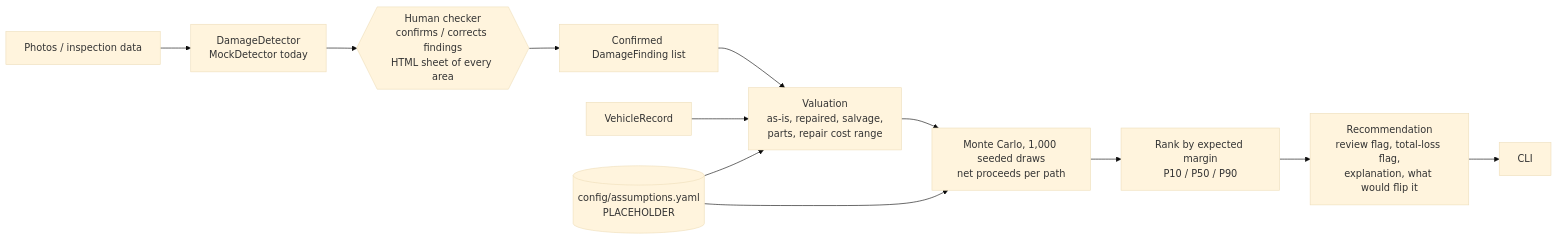
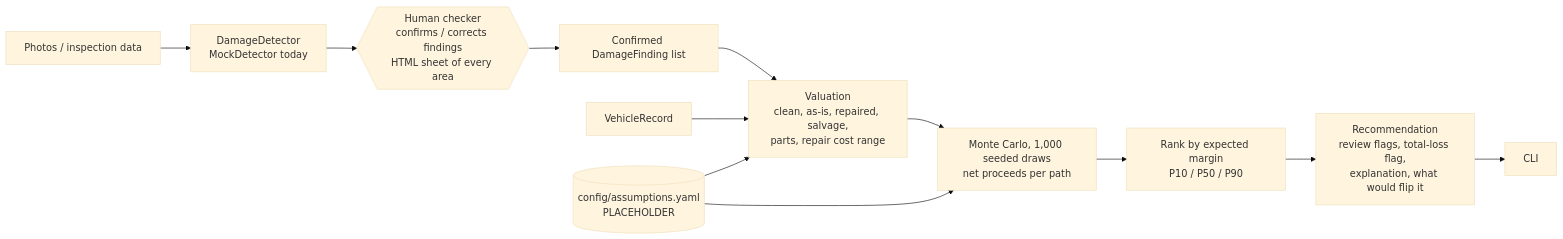
The diagram in README.md (Timofey922/underscope), drawn with Mermaid (base theme) before and after one commit. The commit also changed other lines of this file, not shown here.

````diff
--- a/README.md
+++ b/README.md
@@ -61,14 +60,14 @@
 ```mermaid
 flowchart LR
     IMG[Photos / inspection data] --> DET[DamageDetector<br/>MockDetector today]
     DET --> HUM{{Human checker<br/>confirms / corrects findings<br/>HTML sheet of every area}}
     HUM --> F[Confirmed DamageFinding list]
     V[VehicleRecord] --> VAL
-    F --> VAL[Valuation<br/>as-is, repaired, salvage,<br/>parts, repair cost range]
+    F --> VAL[Valuation<br/>clean, as-is, repaired, salvage,<br/>parts, repair cost range]
     CFG[(config/assumptions.yaml<br/>PLACEHOLDER)] --> VAL
     CFG --> SIM
     VAL --> SIM[Monte Carlo, 1,000 seeded draws<br/>net proceeds per path]
     SIM --> RANK[Rank by expected margin<br/>P10 / P50 / P90]
-    RANK --> REC[Recommendation<br/>review flag, total-loss flag,<br/>explanation, what would flip it]
+    RANK --> REC[Recommendation<br/>review flags, total-loss flag,<br/>explanation, what would flip it]
     REC --> CLI[CLI]
 ```
````
